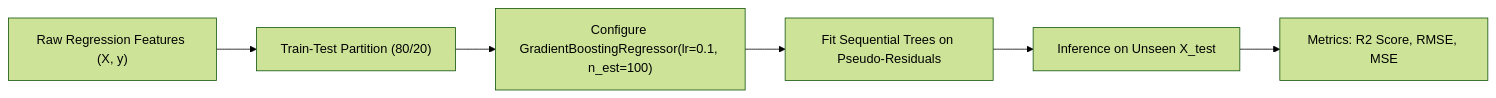
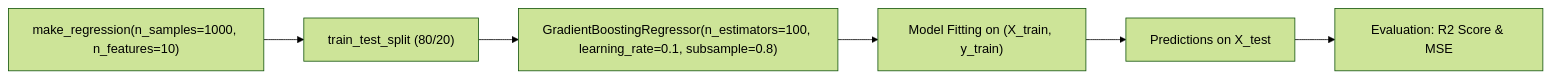
One commit to S1h2i3v4a/AI_ML changed the diagram in lecture_30/Notes_30.03/README.md. Above: the diagram before and after it, drawn with Mermaid (forest theme). The commit also changed other lines of this file and 57 other files, not shown here.

````diff
--- a/lecture_30/Notes_30.03/README.md
+++ b/lecture_30/Notes_30.03/README.md
@@ -18,8 +47,8 @@
 ```mermaid
 flowchart LR
-    A["Raw Regression Features (X, y)"] --> B["Train-Test Partition (80/20)"]
-    B --> C["Configure GradientBoostingRegressor(lr=0.1, n_est=100)"]
-    C --> D["Fit Sequential Trees on Pseudo-Residuals"]
-    D --> E["Inference on Unseen X_test"]
-    E --> F["Metrics: R2 Score, RMSE, MSE"]
+    A["make_regression(n_samples=1000, n_features=10)"] --> B["train_test_split (80/20)"]
+    B --> C["GradientBoostingRegressor(n_estimators=100, learning_rate=0.1, subsample=0.8)"]
+    C --> D["Model Fitting on (X_train, y_train)"]
+    D --> E["Predictions on X_test"]
+    E --> F["Evaluation: R2 Score & MSE"]
 ```
````
